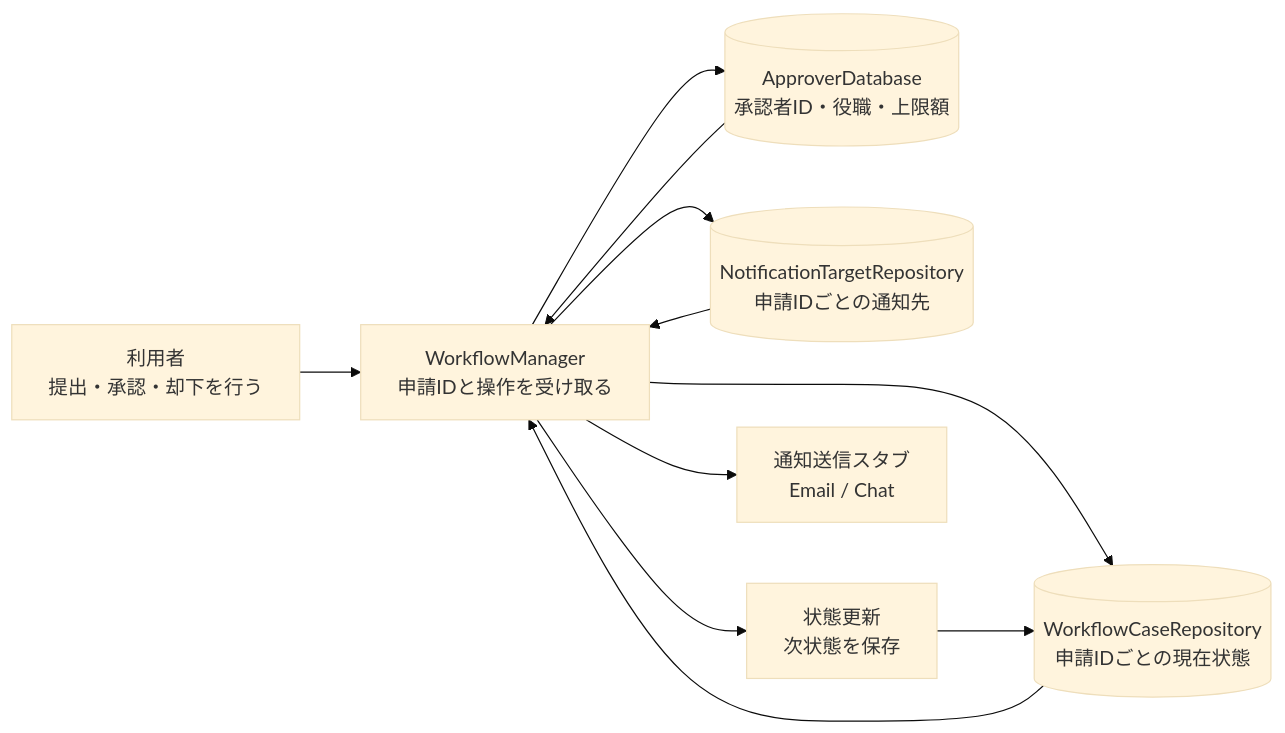
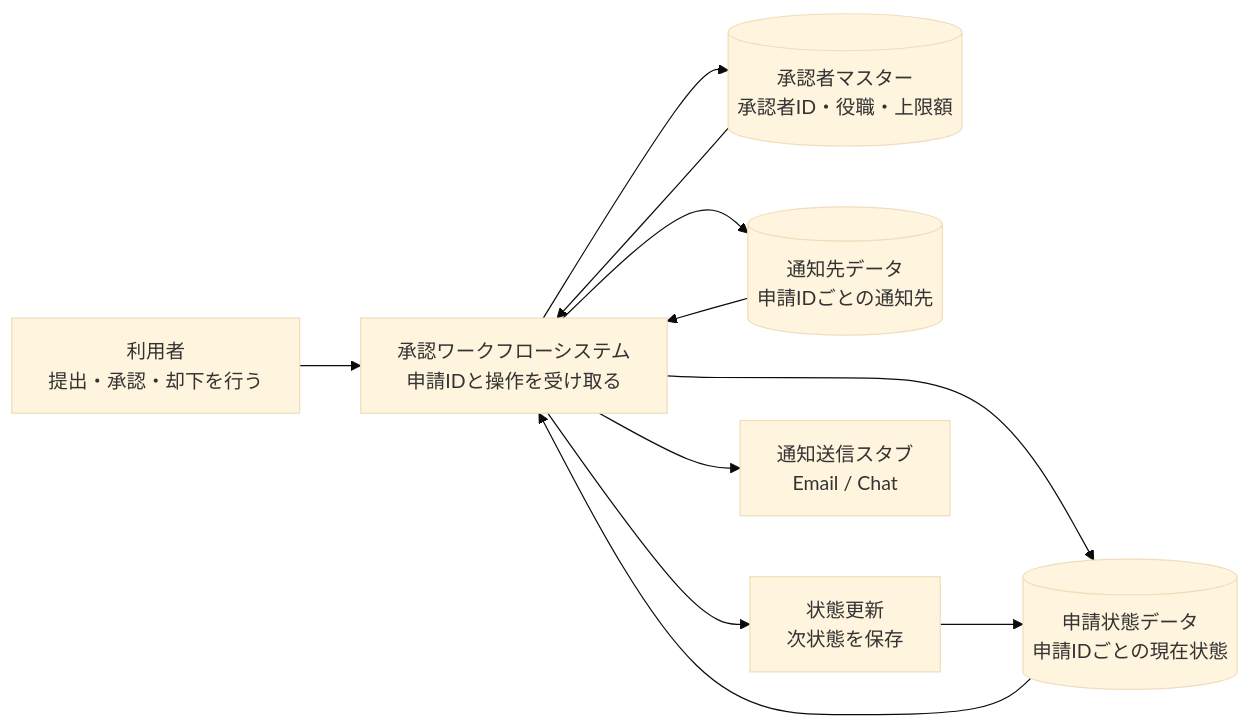
One commit to kumachan1101-pixel/DesignPattern changed the second of 17 diagrams in kindle/design-patterns/output/chapter12.md. Above: the diagram before and after it, drawn with Mermaid (base theme). The commit also changed other lines of this file and 14 other files, not shown here.

Commit message:
全章の仕様図と変更対象外基盤を整合

````diff
--- a/kindle/design-patterns/output/chapter12.md
+++ b/kindle/design-patterns/output/chapter12.md
@@ -106,13 +106,13 @@
 ```mermaid
 flowchart LR
-    U[利用者<br>提出・承認・却下を行う] --> A[WorkflowManager<br>申請IDと操作を受け取る]
-    A --> B[(WorkflowCaseRepository<br>申請IDごとの現在状態)]
-    A --> C[(ApproverDatabase<br>承認者ID・役職・上限額)]
-    A --> D[(NotificationTargetRepository<br>申請IDごとの通知先)]
+    U[利用者<br>提出・承認・却下を行う] --> A[承認ワークフローシステム<br>申請IDと操作を受け取る]
+    A --> B[(申請状態データ<br>申請IDごとの現在状態)]
+    A --> C[(承認者マスター<br>承認者ID・役職・上限額)]
+    A --> D[(通知先データ<br>申請IDごとの通知先)]
     B --> A
     C --> A
     D --> A
     A --> E[状態更新<br>次状態を保存]
     A --> F[通知送信スタブ<br>Email / Chat]
     E --> B
 ```
````
